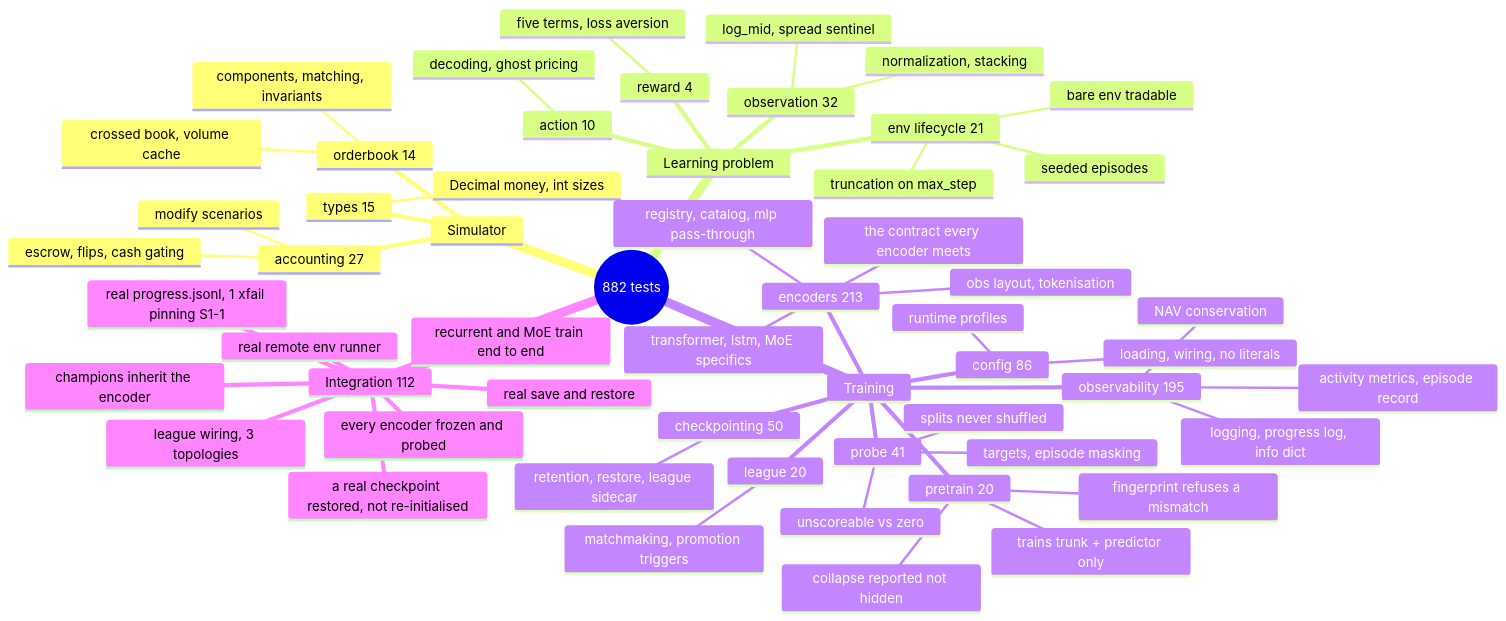
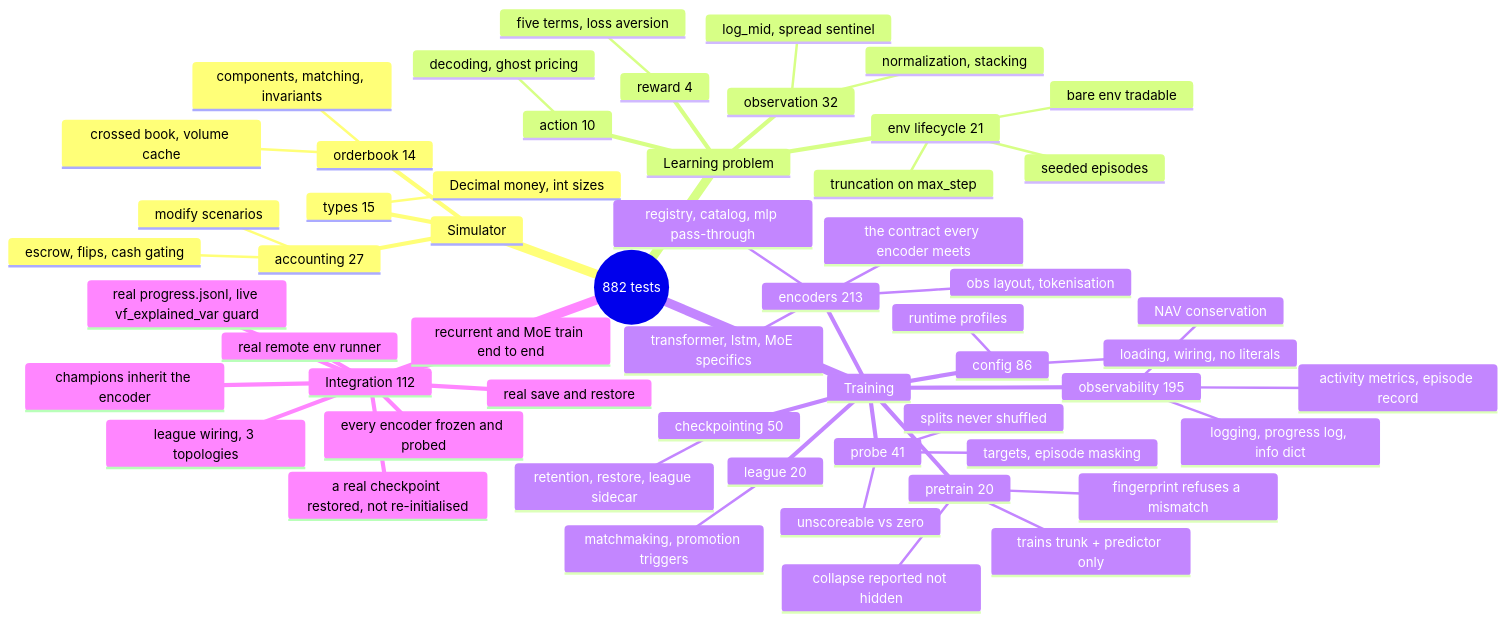
The diagram in doc/10_testing.md (ChuaCheowHuan/gym-continuousDoubleAuction), drawn with Mermaid before and after one commit. The commit also changed other lines of this file and 21 other files, not shown here.

````diff
--- a/doc/10_testing.md
+++ b/doc/10_testing.md
@@ -111,59 +111,59 @@
 ```mermaid
 mindmap
   root((882 tests))
     Simulator
       orderbook 14
         components, matching, invariants
         crossed book, volume cache
       accounting 27
         escrow, flips, cash gating
         modify scenarios
       types 15
         Decimal money, int sizes
     Learning problem
       observation 32
         normalization, stacking
         log_mid, spread sentinel
       action 10
         decoding, ghost pricing
       reward 4
         five terms, loss aversion
       env lifecycle 21
         bare env tradable
         truncation on max_step
         seeded episodes
     Training
       config 86
         loading, wiring, no literals
         runtime profiles
       checkpointing 50
         retention, restore, league sidecar
       league 20
         matchmaking, promotion triggers
       encoders 213
         registry, catalog, mlp pass-through
         obs layout, tokenisation
         the contract every encoder meets
         transformer, lstm, MoE specifics
       observability 195
         logging, progress log, info dict
         activity metrics, episode record
         NAV conservation
       probe 41
         targets, episode masking
         splits never shuffled
         unscoreable vs zero
       pretrain 20
         trains trunk + predictor only
         collapse reported not hidden
         fingerprint refuses a mismatch
     Integration 112
       league wiring, 3 topologies
       real save and restore
-      real progress.jsonl, 1 xfail pinning S1-1
+      real progress.jsonl, live vf_explained_var guard
       real remote env runner
       champions inherit the encoder
       recurrent and MoE train end to end
       every encoder frozen and probed
       a real checkpoint restored, not re-initialised
 ```
````
